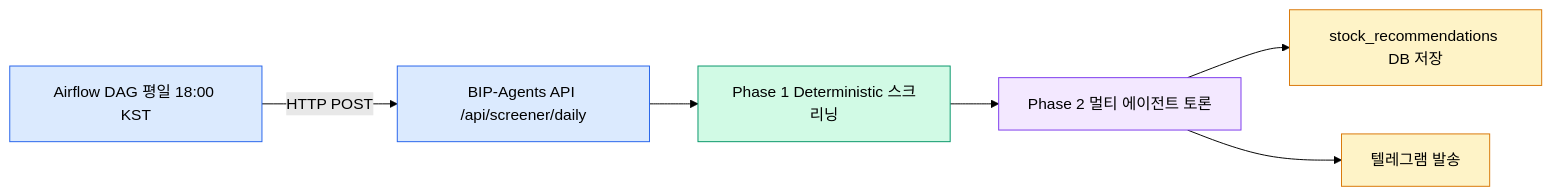
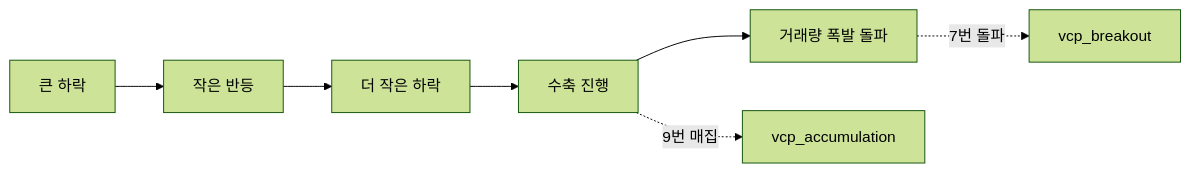
Before and after one commit to izzyLim/BIP-Pipeline: the second of 9 diagrams in docs/stock_screener_architecture.md, drawn with Mermaid (forest theme). The commit also changed other lines of this file and 1 other file, not shown here.

Commit message:
docs(stock_screener): v6.0 — VCP 매집, 중복 방지, 등급 변경, D+60 추적, 휴장일 체크, 화면 통합

````diff
--- a/docs/stock_screener_architecture.md
+++ b/docs/stock_screener_architecture.md
@@ -45,14 +79,10 @@
 ```mermaid
-graph LR
-A[Airflow DAG 평일 18:00 KST] -->|HTTP POST| B[BIP-Agents API /api/screener/daily]
-    B --> C[Phase 1 Deterministic 스크리닝]
-    C --> D[Phase 2 멀티 에이전트 토론]
-    D --> E[stock_recommendations DB 저장]
-    D --> F[텔레그램 발송]
-    style A fill:#dbeafe,stroke:#2563eb
-    style B fill:#dbeafe,stroke:#2563eb
-    style C fill:#d1fae5,stroke:#059669
-    style D fill:#f3e8ff,stroke:#7c3aed
-    style E fill:#fef3c7,stroke:#d97706
-    style F fill:#fef3c7,stroke:#d97706
+flowchart LR
+    A[큰 하락] --> B[작은 반등]
+    B --> C[더 작은 하락]
+    C --> D[수축 진행]
+    D --> E[거래량 폭발 돌파]
+    
+    D -.->|9번 매집| F[vcp_accumulation]
+    E -.->|7번 돌파| G[vcp_breakout]
 ```
````
